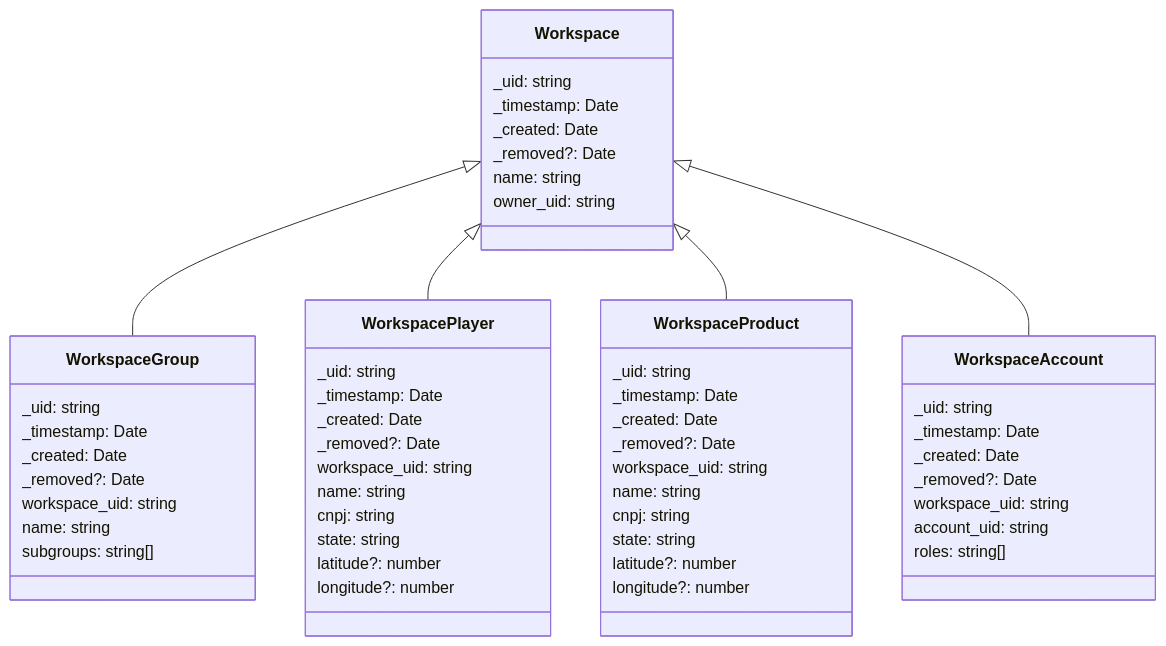
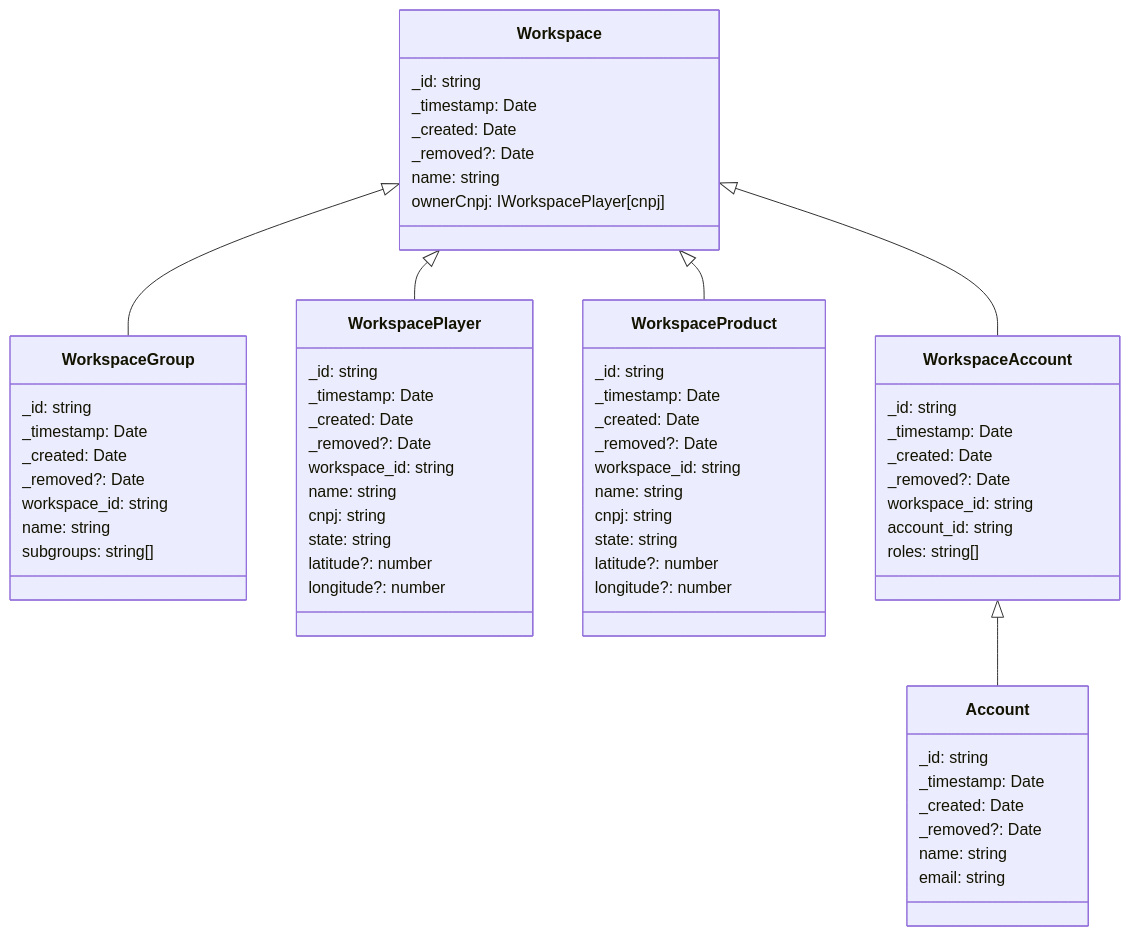
One commit to leandroluk/apure-api-data changed the diagram in README.md. Above: the diagram before and after it, drawn with Mermaid. The commit also changed 93 other files, not shown here.

````diff
--- a/README.md
+++ b/README.md
@@ -9,57 +9,66 @@
 ```mermaid
 classDiagram
   Workspace <|-- WorkspaceGroup
   Workspace <|-- WorkspacePlayer
   Workspace <|-- WorkspaceProduct
   Workspace <|-- WorkspaceAccount
+  WorkspaceAccount <|-- Account
   class Workspace {
-    _uid: string
+    _id: string
     _timestamp: Date
     _created: Date
     _removed?: Date
     name: string
-    owner_uid: string
+    ownerCnpj: IWorkspacePlayer[cnpj]
   }
   class WorkspaceGroup {
-    _uid: string
+    _id: string
     _timestamp: Date
     _created: Date
     _removed?: Date
-    workspace_uid: string
+    workspace_id: string
     name: string
     subgroups: string[]
   }
   class WorkspacePlayer {
-    _uid: string
+    _id: string
     _timestamp: Date
     _created: Date
     _removed?: Date
-    workspace_uid: string
+    workspace_id: string
     name: string
     cnpj: string
     state: string
     latitude?: number
     longitude?: number
   }
   class WorkspaceProduct {
-    _uid: string
+    _id: string
     _timestamp: Date
     _created: Date
     _removed?: Date
-    workspace_uid: string
+    workspace_id: string
     name: string
     cnpj: string
     state: string
     latitude?: number
     longitude?: number
   }
   class WorkspaceAccount {
-    _uid: string
+    _id: string
     _timestamp: Date
     _created: Date
     _removed?: Date
-    workspace_uid: string
-    account_uid: string
+    workspace_id: string
+    account_id: string
     roles: string[]
   }
+  class Account {
+    _id: string
+    _timestamp: Date
+    _created: Date
+    _removed?: Date    
+    name: string
+    email: string
+  }
 ```
````
